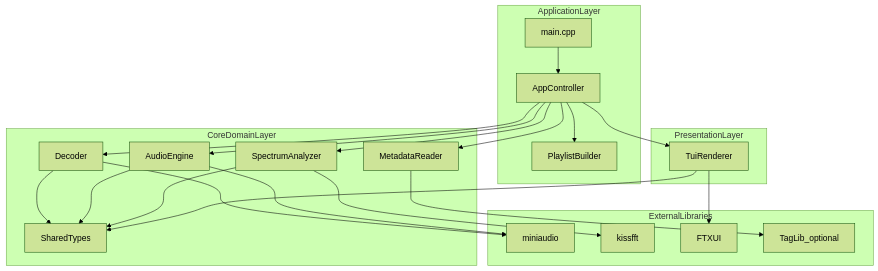
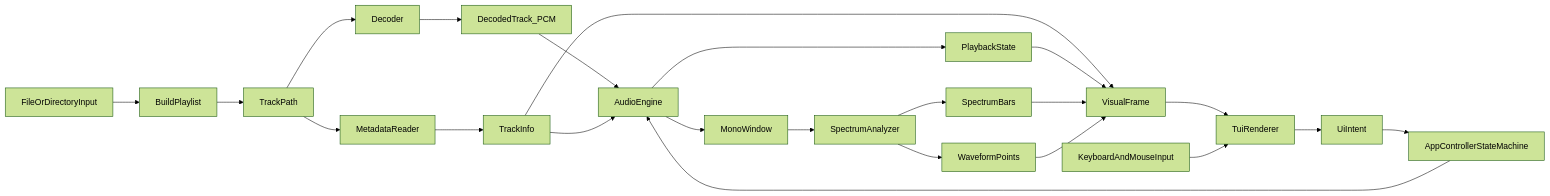
One commit to virtualguard101/vocalplayer changed the fourth of 4 diagrams in docs/dev/architecture.md. Above: the diagram before and after it, drawn with Mermaid (forest theme). The commit also changed other lines of this file and 18 other files, not shown here.

Commit message:
docs: add comments in detail and update architecture docs

````diff
--- a/docs/dev/architecture.md
+++ b/docs/dev/architecture.md
@@ -78,46 +171,25 @@
 ```mermaid
-flowchart TB
-  subgraph externalLibs [ExternalLibraries]
-    miniaudioLib[miniaudio]
-    kissfftLib[kissfft]
-    ftxuiLib[FTXUI]
-    taglibLib[TagLib_optional]
-  end
-
-  subgraph appLayer [ApplicationLayer]
-    mainCli[main.cpp]
-    appController[AppController]
-    playlistBuilder[PlaylistBuilder]
-  end
-
-  subgraph domainLayer [CoreDomainLayer]
-    decoder[Decoder]
-    metadataReader[MetadataReader]
-    audioEngine[AudioEngine]
-    spectrumAnalyzer[SpectrumAnalyzer]
-    dataTypes[SharedTypes]
-  end
-
-  subgraph presentationLayer [PresentationLayer]
-    tuiRenderer[TuiRenderer]
-  end
-
-  mainCli --> appController
-  appController --> playlistBuilder
-  appController --> decoder
-  appController --> metadataReader
+flowchart LR
+  fileInput[FileOrDirectoryInput] --> playlistBuilder[BuildPlaylist]
+  playlistBuilder --> trackPath[TrackPath]
+  trackPath --> decoder[Decoder]
+  decoder --> decodedTrack[DecodedTrack_PCM]
+  trackPath --> metadataReader[MetadataReader]
+  metadataReader --> trackInfo[TrackInfo]
+  decodedTrack --> audioEngine[AudioEngine]
+  trackInfo --> audioEngine
+  audioEngine --> monoWindow[MonoWindow]
+  monoWindow --> spectrumAnalyzer[SpectrumAnalyzer]
+  spectrumAnalyzer --> spectrumBars[SpectrumBars]
+  spectrumAnalyzer --> waveformPoints[WaveformPoints]
+  audioEngine --> playbackState[PlaybackState]
+  trackInfo --> visualFrame[VisualFrame]
+  playbackState --> visualFrame
+  spectrumBars --> visualFrame
+  waveformPoints --> visualFrame
+  visualFrame --> tuiRenderer[TuiRenderer]
+  userInput[KeyboardAndMouseInput] --> tuiRenderer
+  tuiRenderer --> uiIntent[UiIntent]
+  uiIntent --> appController[AppControllerStateMachine]
   appController --> audioEngine
-  appController --> spectrumAnalyzer
-  appController --> tuiRenderer
-
-  decoder --> miniaudioLib
-  audioEngine --> miniaudioLib
-  spectrumAnalyzer --> kissfftLib
-  tuiRenderer --> ftxuiLib
-  metadataReader --> taglibLib
-
-  decoder --> dataTypes
-  audioEngine --> dataTypes
-  spectrumAnalyzer --> dataTypes
-  tuiRenderer --> dataTypes
 ```
````
